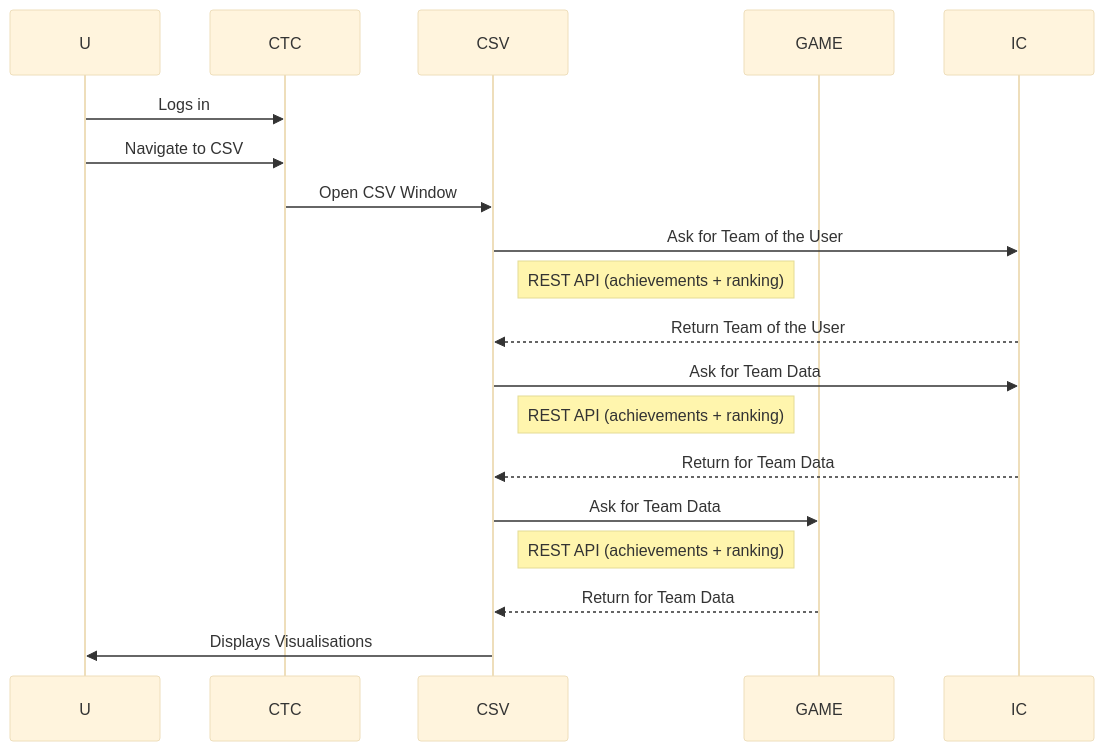
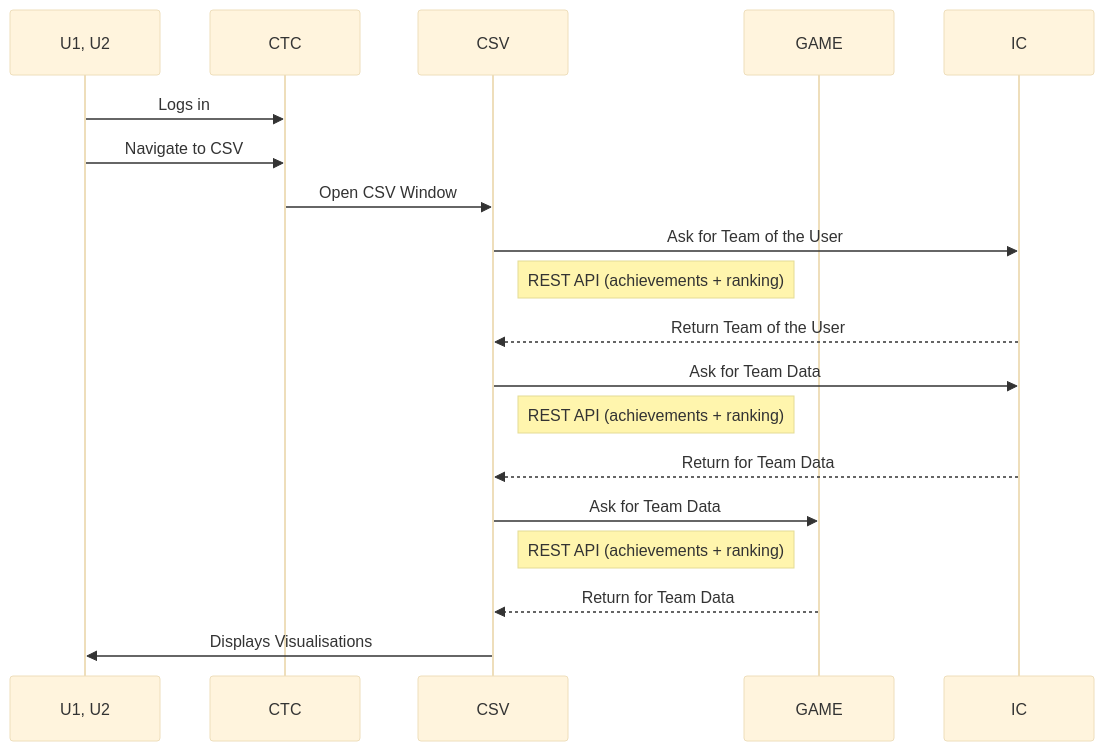
Before and after one commit to mactsouk/UC-mermaid: the diagram in UC-A-02.md, drawn with Mermaid (base theme). The commit also changed 3 other files, not shown here.

````diff
--- a/UC-A-02.md
+++ b/UC-A-02.md
@@ -3,22 +3,22 @@
 ```mermaid
 sequenceDiagram
-    participant U
+    participant U as U1, U2
     participant CTC
     participant CSV
     participant GAME
     participant IC
 
     U->>CTC: Logs in
     U->>CTC: Navigate to CSV
     CTC->>CSV: Open CSV Window
     CSV->>IC: Ask for Team of the User
     Note right of CSV: REST API (achievements + ranking)
     IC-->>CSV: Return Team of the User
     CSV->>IC: Ask for Team Data
     Note right of CSV: REST API (achievements + ranking)
     IC-->>CSV: Return for Team Data
     CSV->>GAME: Ask for Team Data
     Note right of CSV: REST API (achievements + ranking)
     GAME-->>CSV: Return for Team Data
     CSV->>U: Displays Visualisations
 ```
````
